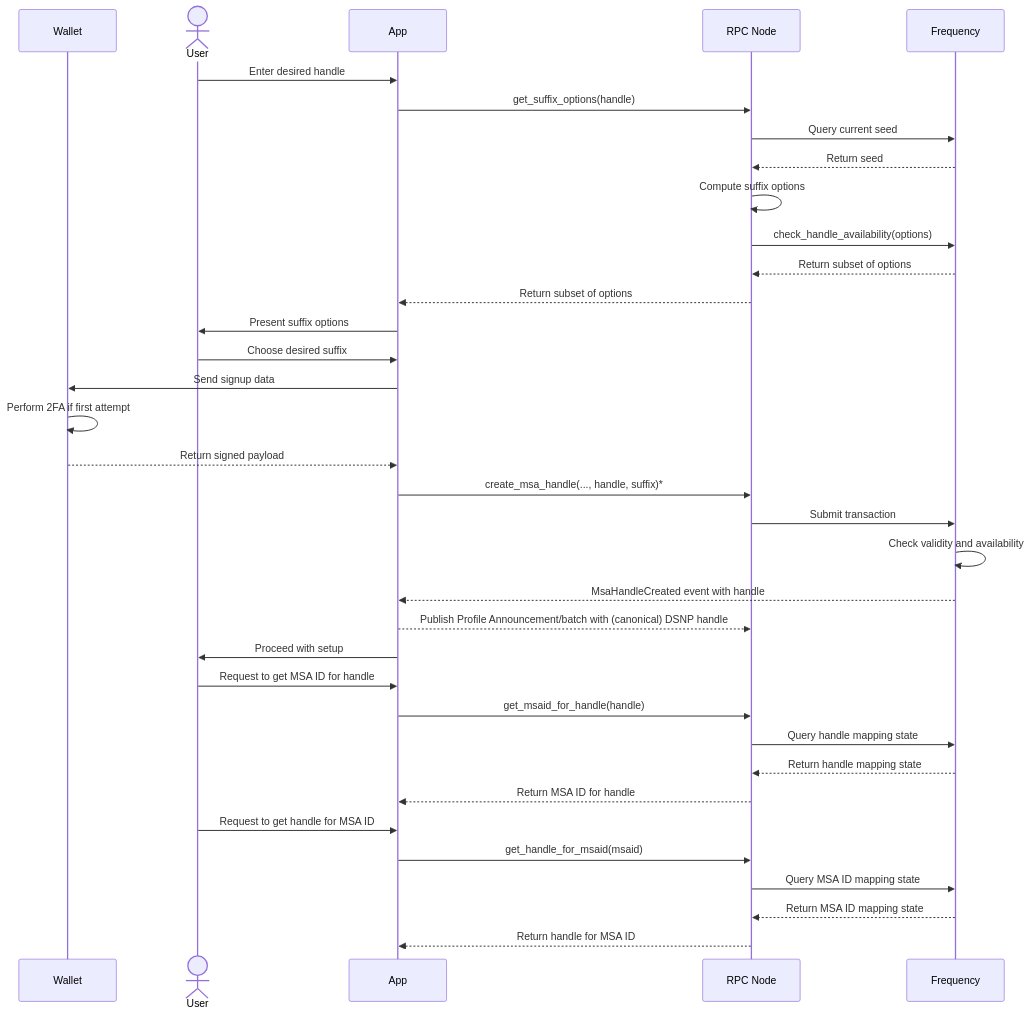
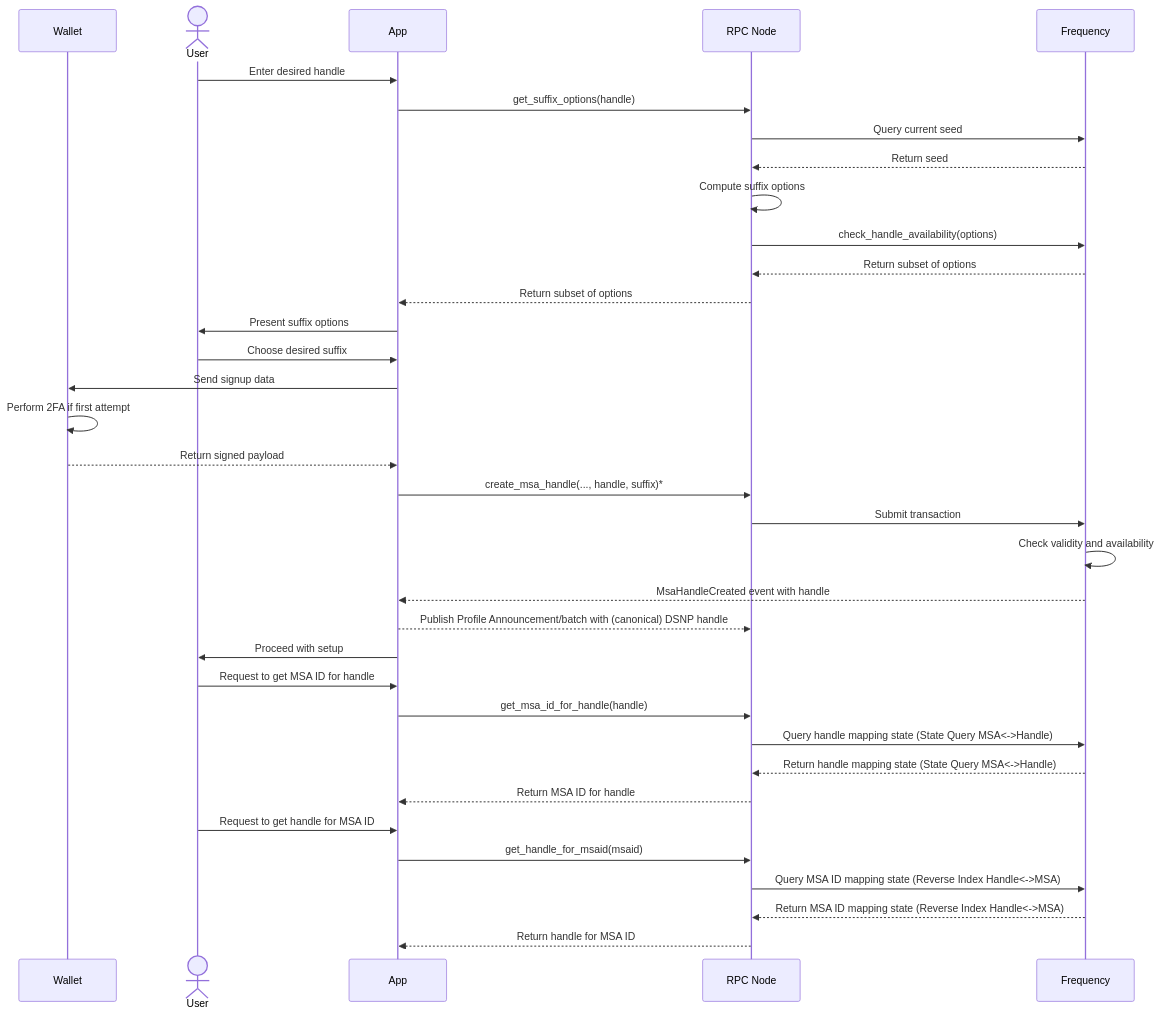
Before and after one commit to frequency-chain/frequency: the first of 2 diagrams in designdocs/user-handles.md, drawn with Mermaid.

Commit message:
cleanup sequence diagram

````diff
--- a/designdocs/user-handles.md
+++ b/designdocs/user-handles.md
@@ -67,37 +67,37 @@
 ```mermaid
 sequenceDiagram
     participant Wallet
     actor User
     participant App
     participant RPC as RPC Node
     participant Chain as Frequency
     User->>App: Enter desired handle
     App->>RPC: get_suffix_options(handle)
     RPC->>Chain: Query current seed
     Chain-->>RPC: Return seed
     RPC->>RPC: Compute suffix options
     RPC->>Chain: check_handle_availability(options)
     Chain-->>RPC: Return subset of options
     RPC-->>App: Return subset of options
     App->>User: Present suffix options
     User->>App: Choose desired suffix
     App->>Wallet: Send signup data
     Wallet->>Wallet: Perform 2FA if first attempt
     Wallet-->>App: Return signed payload
     App->>RPC: create_msa_handle(..., handle, suffix)*
     RPC->>Chain: Submit transaction
     Chain->>Chain: Check validity and availability
     Chain-->>App: MsaHandleCreated event with handle
     App-->>RPC: Publish Profile Announcement/batch with (canonical) DSNP handle
     App->>User: Proceed with setup
     User->>App: Request to get MSA ID for handle
-    App->>RPC: get_msaid_for_handle(handle)
-    RPC->>Chain: Query handle mapping state
-    Chain-->>RPC: Return handle mapping state
+    App->>RPC: get_msa_id_for_handle(handle)
+    RPC->>Chain: Query handle mapping state (State Query MSA<->Handle)
+    Chain-->>RPC: Return handle mapping state (State Query MSA<->Handle)
     RPC-->>App: Return MSA ID for handle
     User->>App: Request to get handle for MSA ID
     App->>RPC: get_handle_for_msaid(msaid)
-    RPC->>Chain: Query MSA ID mapping state
-    Chain-->>RPC: Return MSA ID mapping state
+    RPC->>Chain: Query MSA ID mapping state (Reverse Index Handle<->MSA)
+    Chain-->>RPC: Return MSA ID mapping state (Reverse Index Handle<->MSA)
     RPC-->>App: Return handle for MSA ID
 ```
````
